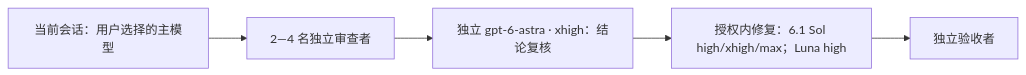
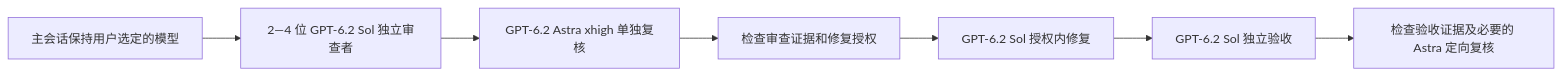
One commit to chips-lxm/deep-project-review changed the diagram in README.zh-CN.md. Above: the diagram before and after it, drawn with Mermaid. The commit also changed other lines of this file and 13 other files, not shown here.

````diff
--- a/README.zh-CN.md
+++ b/README.zh-CN.md
@@ -7,7 +7,9 @@
 ```mermaid
 flowchart LR
-  L["当前会话：用户选择的主模型"] --> R["2—4 名独立审查者"]
-  R --> A["独立 gpt-6-astra · xhigh：结论复核"]
-  A --> F["授权内修复：6.1 Sol high/xhigh/max；Luna high"]
-  F --> V["独立验收者"]
+  L["主会话保持用户选定的模型"] --> R["2—4 位 GPT-6.2 Sol 独立审查者"]
+  R --> A["GPT-6.2 Astra xhigh 单独复核"]
+  A --> G["检查审查证据和修复授权"]
+  G --> F["GPT-6.2 Sol 授权内修复"]
+  F --> V["GPT-6.2 Sol 独立验收"]
+  V --> E["检查验收证据及必要的 Astra 定向复核"]
 ```
````
